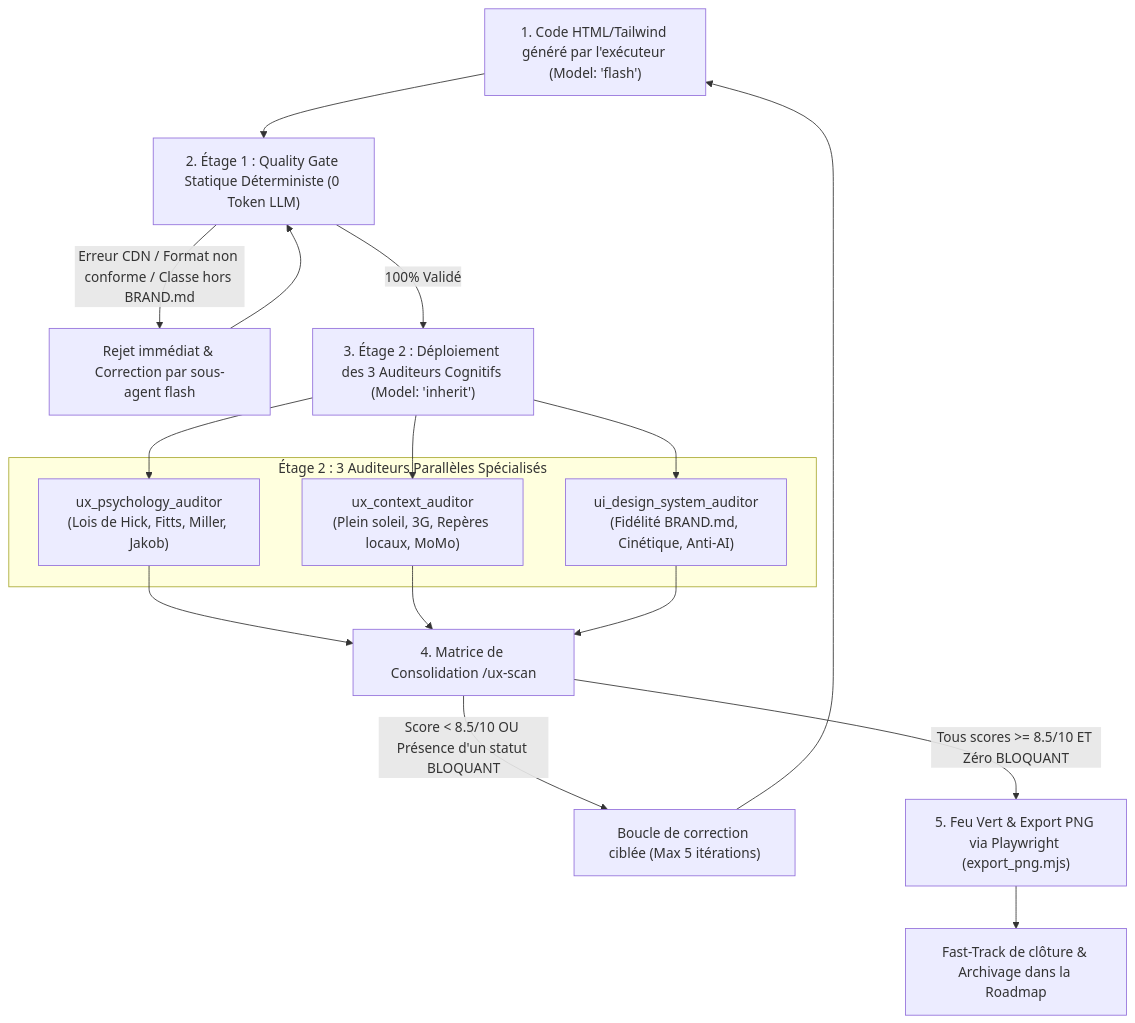
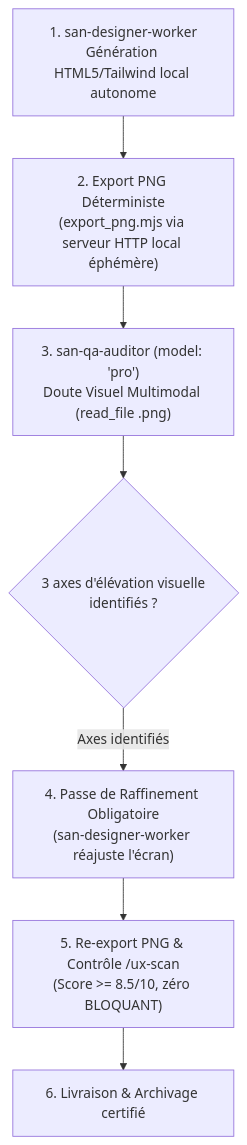
Before and after one commit to alexsan-dev/san_agy_framework: the second of 3 diagrams in skills/san_designer.md, drawn with Mermaid. The commit also changed other lines of this file and 114 other files, not shown here.

````diff
--- a/skills/san_designer.md
+++ b/skills/san_designer.md
@@ -213,26 +213,9 @@
 ```mermaid
 flowchart TD
-    A["1. Code HTML/Tailwind généré par l'exécuteur (Model: 'flash')"] --> B["2. Étage 1 : Quality Gate Statique Déterministe (0 Token LLM)"]
-    B -- "Erreur CDN / Format non conforme / Classe hors BRAND.md" --> C["Rejet immédiat & Correction par sous-agent flash"]
-    C --> B
-    B -- "100% Validé" --> D["3. Étage 2 : Déploiement des 3 Auditeurs Cognitifs (Model: 'inherit')"]
-    
-    subgraph Etage2["Étage 2 : 3 Auditeurs Parallèles Spécialisés"]
-        D1["ux_psychology_auditor\n(Lois de Hick, Fitts, Miller, Jakob)"]
-        D2["ux_context_auditor\n(Plein soleil, 3G, Repères locaux, MoMo)"]
-        D3["ui_design_system_auditor\n(Fidélité BRAND.md, Cinétique, Anti-AI)"]
-    end
-
-    D --> D1
-    D --> D2
-    D --> D3
-
-    D1 --> E["4. Matrice de Consolidation /ux-scan"]
-    D2 --> E
-    D3 --> E
-
-    E -- "Score < 8.5/10 OU Présence d'un statut BLOQUANT" --> F["Boucle de correction ciblée (Max 5 itérations)"]
-    F --> A
-    E -- "Tous scores >= 8.5/10 ET Zéro BLOQUANT" --> G["5. Feu Vert & Export PNG via Playwright (export_png.mjs)"]
-    G --> H["Fast-Track de clôture & Archivage dans la Roadmap"]
+    A["1. san-designer-worker\nGénération HTML5/Tailwind local autonome"] --> B["2. Export PNG Déterministe\n(export_png.mjs via serveur HTTP local éphémère)"]
+    B --> C["3. san-qa-auditor (model: 'pro')\nDoute Visuel Multimodal (read_file .png)"]
+    C --> D{"3 axes d'élévation visuelle\nidentifiés ?"}
+    D -->|"Axes identifiés"| E["4. Passe de Raffinement Obligatoire\n(san-designer-worker réajuste l'écran)"]
+    E --> F["5. Re-export PNG & Contrôle /ux-scan\n(Score >= 8.5/10, zéro BLOQUANT)"]
+    F --> G["6. Livraison & Archivage certifié"]
 ```
````
